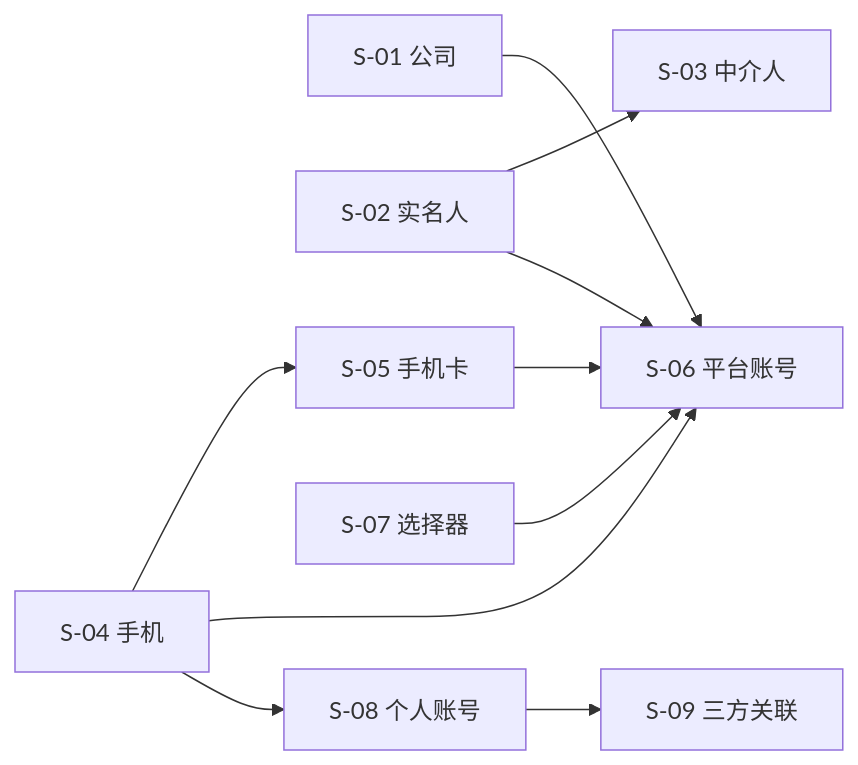
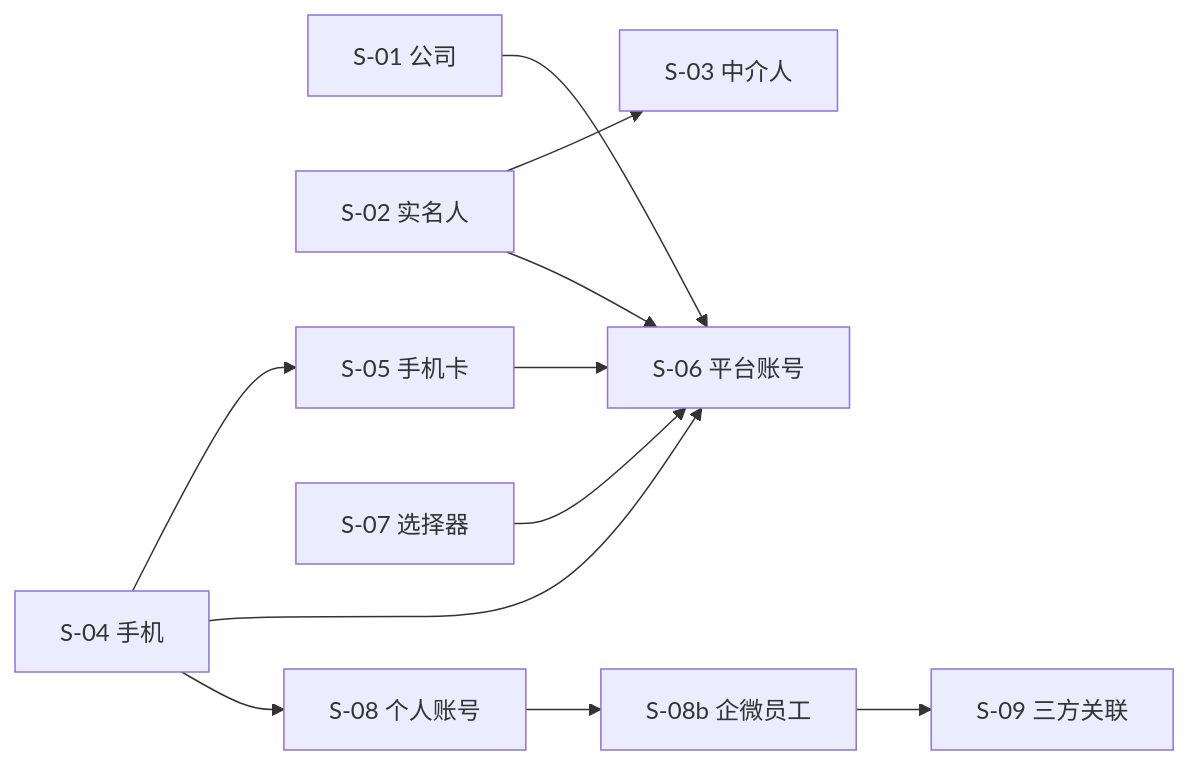
The diagram in docs/delivery/SLICES-M4-账号管理.md (donnyskyWu/wd-ops), drawn with Mermaid before and after one commit. The commit also changed other lines of this file and 83 other files, not shown here.

````diff
--- a/docs/delivery/SLICES-M4-账号管理.md
+++ b/docs/delivery/SLICES-M4-账号管理.md
@@ -28,12 +29,13 @@
 ```mermaid
 graph LR
     S01[S-01 公司] --> S06[S-06 平台账号]
     S02[S-02 实名人] --> S03[S-03 中介人]
     S02 --> S06
     S04[S-04 手机] --> S05[S-05 手机卡]
     S04 --> S06
     S05 --> S06
     S07[S-07 选择器] --> S06
     S04 --> S08[S-08 个人账号]
-    S08 --> S09[S-09 三方关联]
+    S08 --> S08b[S-08b 企微员工]
+    S08b --> S09[S-09 三方关联]
 ```
````
